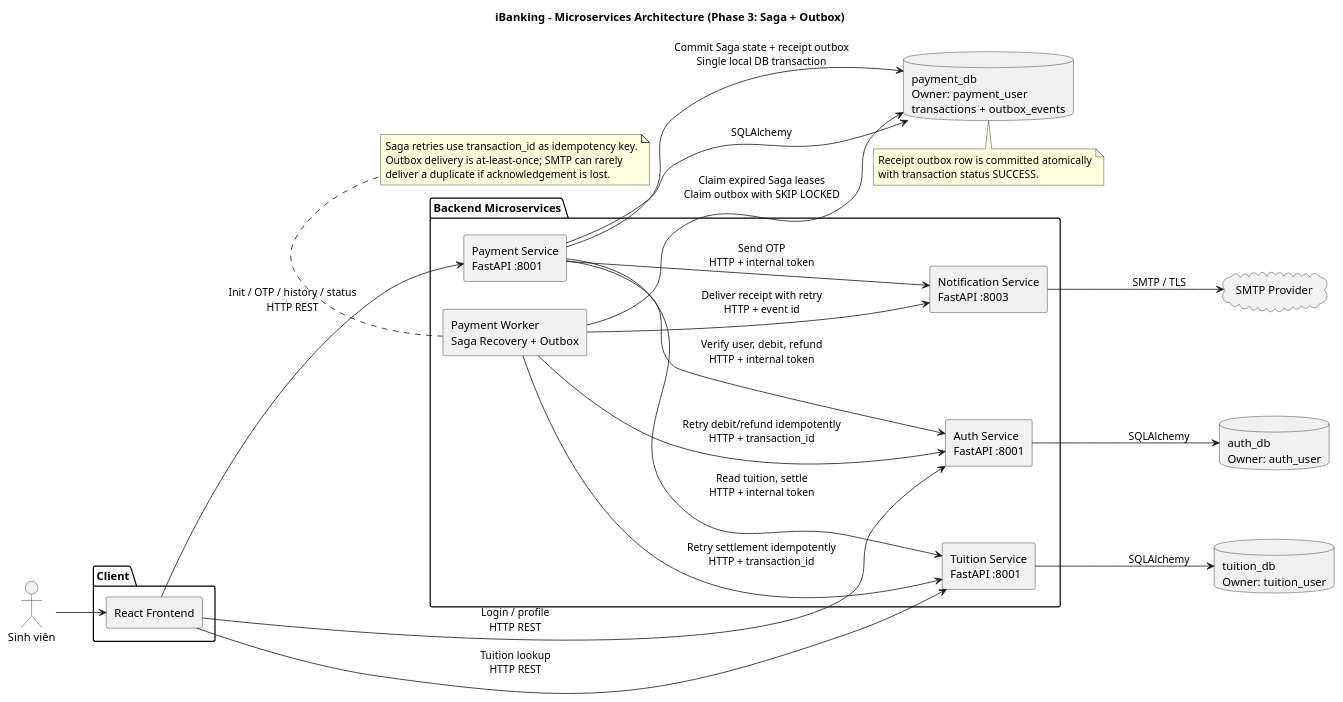
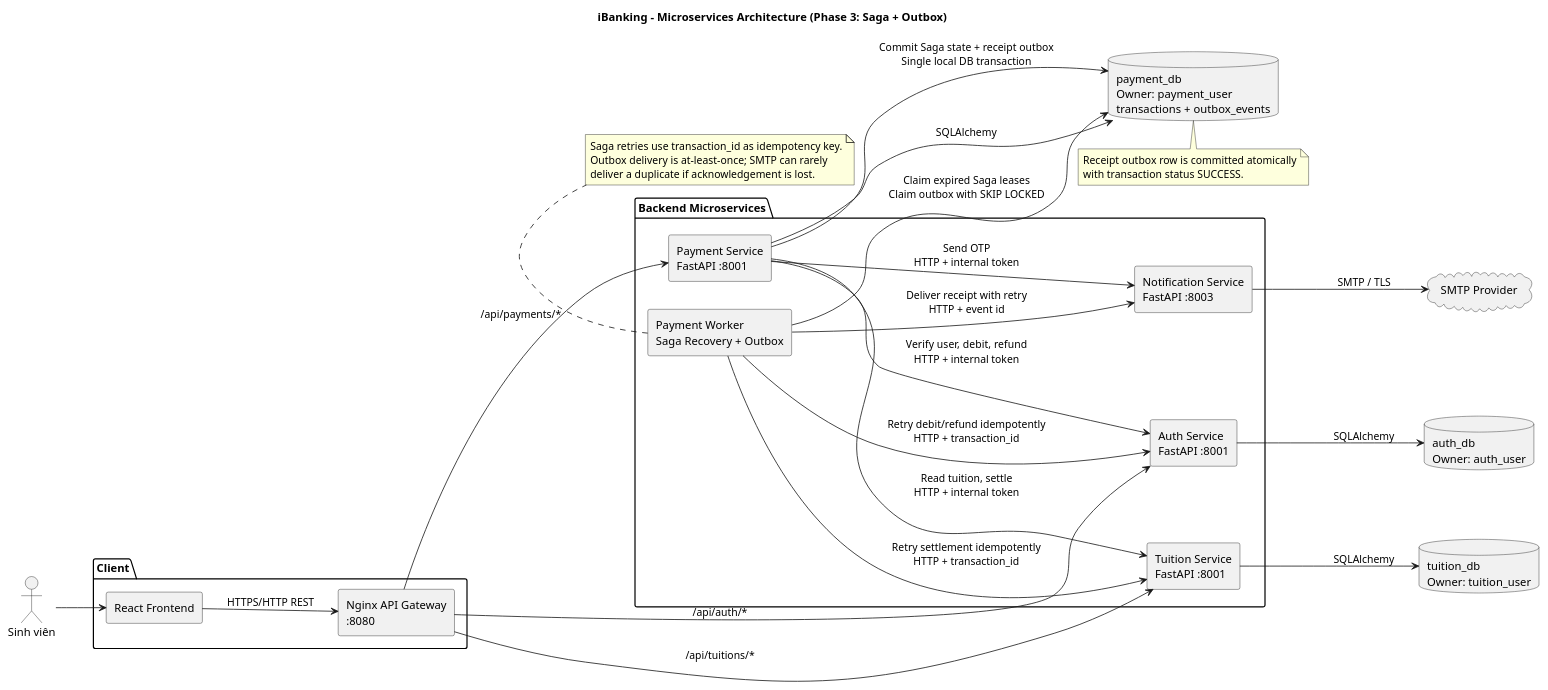
One commit to LeKhang191/IBankingApp changed the diagram in docs/microservices-architecture.puml. Above: the diagram before and after it, drawn with PlantUML. The commit also changed 124 other files, not shown here.

```diff
--- a/docs/microservices-architecture.puml
+++ b/docs/microservices-architecture.puml
@@ -1,51 +1,53 @@
 @startuml
  title iBanking - Microservices Architecture (Phase 3: Saga + Outbox)
  left to right direction
  skinparam componentStyle rectangle
 
  actor "Sinh viên" as Student
 
  package "Client" {
    [React Frontend] as FE
+   component "Nginx API Gateway\n:8080" as Gateway
  }
 
  package "Backend Microservices" {
    component "Auth Service\nFastAPI :8001" as Auth
    component "Tuition Service\nFastAPI :8001" as Tuition
    component "Payment Service\nFastAPI :8001" as Payment
    component "Payment Worker\nSaga Recovery + Outbox" as Worker
    component "Notification Service\nFastAPI :8003" as Notify
  }
 
  database "auth_db\nOwner: auth_user" as AuthDB
  database "tuition_db\nOwner: tuition_user" as TuitionDB
  database "payment_db\nOwner: payment_user\ntransactions + outbox_events" as PaymentDB
  cloud "SMTP Provider" as SMTP
 
  Student --> FE
- FE --> Auth : Login / profile\nHTTP REST
- FE --> Tuition : Tuition lookup\nHTTP REST
- FE --> Payment : Init / OTP / history / status\nHTTP REST
+ FE --> Gateway : HTTPS/HTTP REST
+ Gateway --> Auth : /api/auth/*
+ Gateway --> Tuition : /api/tuitions/*
+ Gateway --> Payment : /api/payments/*
  Payment --> Auth : Verify user, debit, refund\nHTTP + internal token
  Payment --> Tuition : Read tuition, settle\nHTTP + internal token
  Payment --> Notify : Send OTP\nHTTP + internal token
  Payment --> PaymentDB : Commit Saga state + receipt outbox\nSingle local DB transaction
  Worker --> PaymentDB : Claim expired Saga leases\nClaim outbox with SKIP LOCKED
  Worker --> Auth : Retry debit/refund idempotently\nHTTP + transaction_id
  Worker --> Tuition : Retry settlement idempotently\nHTTP + transaction_id
  Worker --> Notify : Deliver receipt with retry\nHTTP + event id
  Auth --> AuthDB : SQLAlchemy
  Tuition --> TuitionDB : SQLAlchemy
  Payment --> PaymentDB : SQLAlchemy
  Notify --> SMTP : SMTP / TLS
 
  note bottom of PaymentDB
    Receipt outbox row is committed atomically
    with transaction status SUCCESS.
  end note
  note bottom of Worker
    Saga retries use transaction_id as idempotency key.
    Outbox delivery is at-least-once; SMTP can rarely
    deliver a duplicate if acknowledgement is lost.
  end note
 @enduml
```
